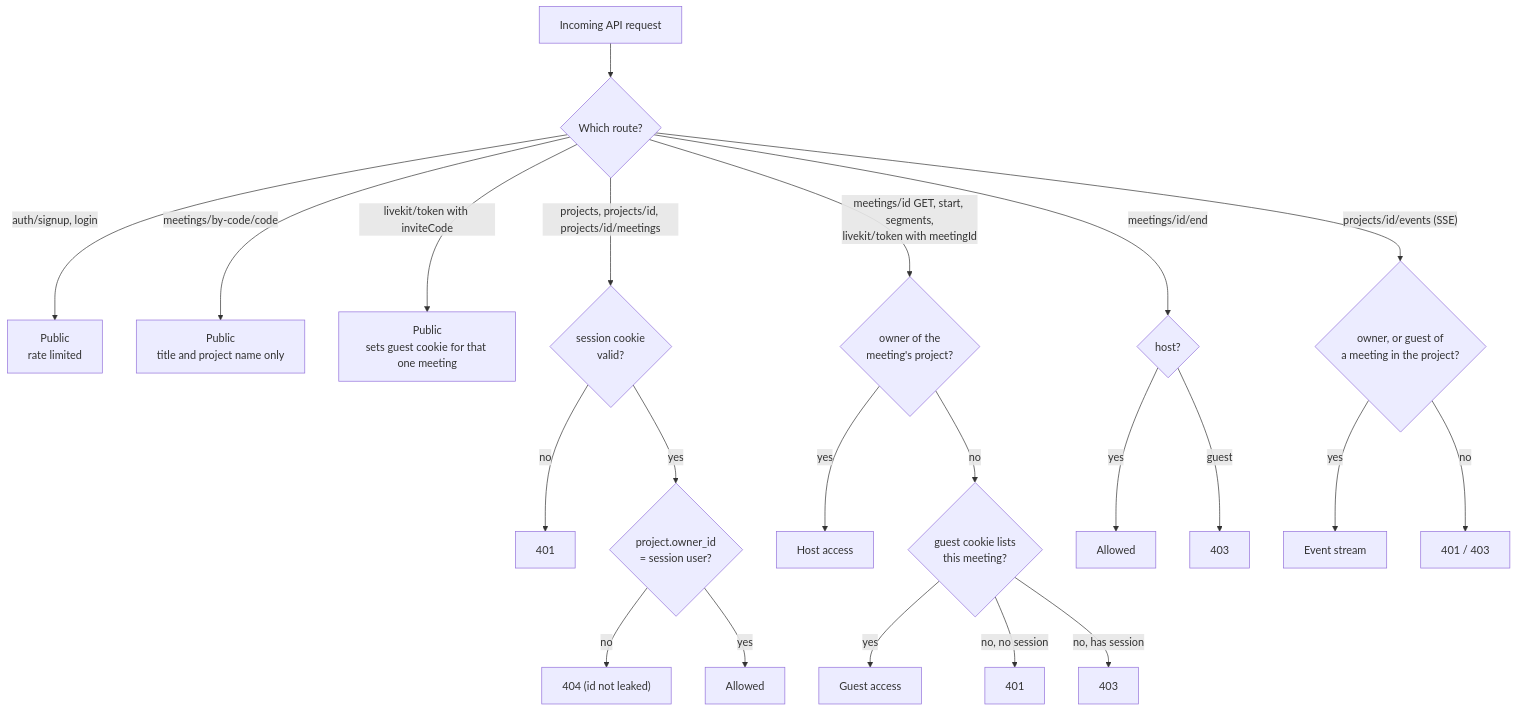
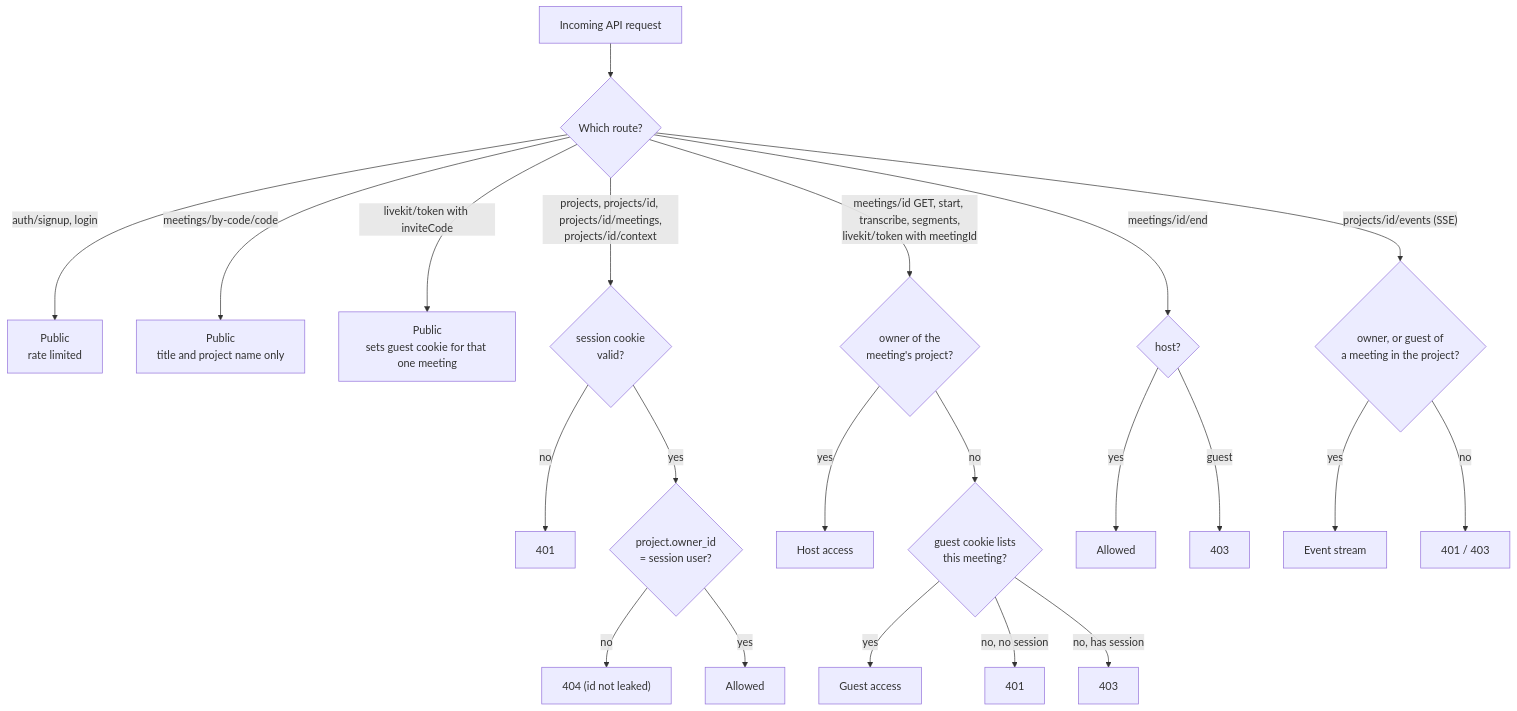
The third of 7 diagrams in docs/architecture-diagram.md (Anilkumark17/validate), drawn with Mermaid before and after one commit. The commit also changed other lines of this file and 155 other files, not shown here.

````diff
--- a/docs/architecture-diagram.md
+++ b/docs/architecture-diagram.md
@@ -85,29 +104,29 @@
 ```mermaid
 flowchart TD
     Req["Incoming API request"] --> Kind{"Which route?"}
 
     Kind -->|"auth/signup, login"| Public["Public<br/>rate limited"]
     Kind -->|"meetings/by-code/code"| Public2["Public<br/>title and project name only"]
     Kind -->|"livekit/token with inviteCode"| Invite["Public<br/>sets guest cookie for that one meeting"]
 
-    Kind -->|"projects, projects/id, projects/id/meetings"| Proj{"session cookie<br/>valid?"}
+    Kind -->|"projects, projects/id, projects/id/meetings,<br/>projects/id/context"| Proj{"session cookie<br/>valid?"}
     Proj -->|"no"| R401["401"]
     Proj -->|"yes"| Own{"project.owner_id<br/>= session user?"}
     Own -->|"no"| R404["404 (id not leaked)"]
     Own -->|"yes"| OK1["Allowed"]
 
-    Kind -->|"meetings/id GET, start, segments,<br/>livekit/token with meetingId"| Mtg{"owner of the<br/>meeting's project?"}
+    Kind -->|"meetings/id GET, start, transcribe, segments,<br/>livekit/token with meetingId"| Mtg{"owner of the<br/>meeting's project?"}
     Mtg -->|"yes"| Host["Host access"]
     Mtg -->|"no"| Guest{"guest cookie lists<br/>this meeting?"}
     Guest -->|"yes"| GuestOK["Guest access"]
     Guest -->|"no, no session"| R401b["401"]
     Guest -->|"no, has session"| R403["403"]
 
     Kind -->|"meetings/id/end"| End{"host?"}
     End -->|"yes"| Ended["Allowed"]
     End -->|"guest"| R403b["403"]
 
     Kind -->|"projects/id/events (SSE)"| Ev{"owner, or guest of<br/>a meeting in the project?"}
     Ev -->|"yes"| Stream["Event stream"]
     Ev -->|"no"| R4xx["401 / 403"]
 ```
````
